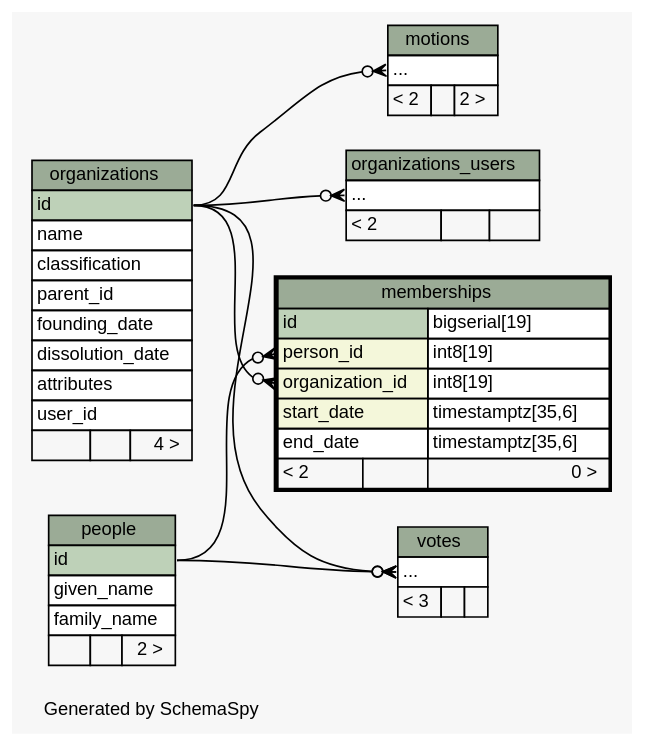
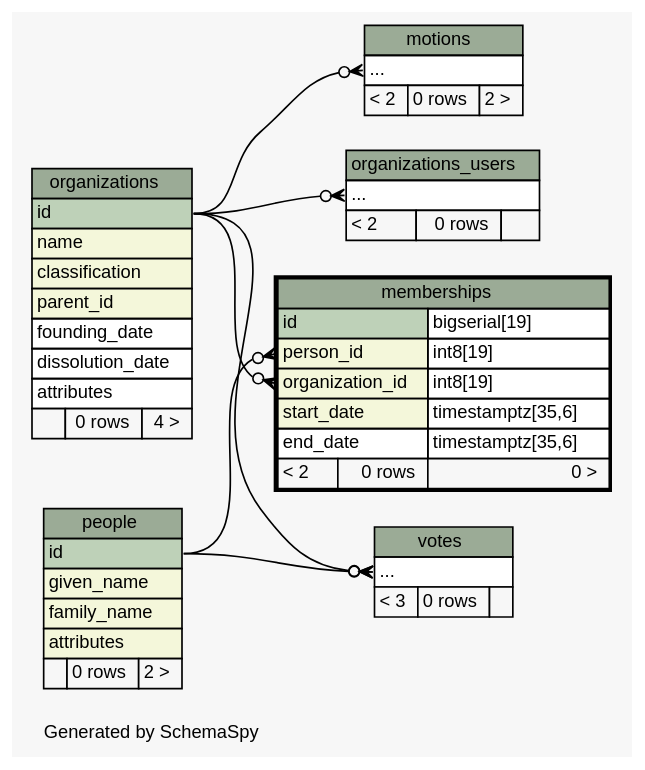
The diagram in api/schema/diagrams/memberships.2degrees.dot (michalskop/hlasovali.cz), drawn with Graphviz before and after one commit. The commit also changed 249 other files, not shown here.

```diff
--- a/api/schema/diagrams/memberships.2degrees.dot
+++ b/api/schema/diagrams/memberships.2degrees.dot
@@ -1,101 +1,101 @@
-// dot 2.36.0 on Linux 3.13.0-85-generic
+// dot 2.36.0 on Linux 3.13.0-91-generic
 // SchemaSpy rev 590
 digraph "twoDegreesRelationshipsDiagram" {
   graph [
     rankdir="RL"
     bgcolor="#f7f7f7"
     label="\nGenerated by SchemaSpy"
     labeljust="l"
     nodesep="0.18"
     ranksep="0.46"
     fontname="Helvetica"
     fontsize="11"
   ];
   node [
     fontname="Helvetica"
     fontsize="11"
     shape="plaintext"
   ];
   edge [
     arrowsize="0.8"
   ];
   "memberships":"organization_id":w -> "organizations":"id":e [arrowhead=none dir=back arrowtail=crowodot];
   "memberships":"person_id":w -> "people":"id":e [arrowhead=none dir=back arrowtail=crowodot];
   "motions":"elipses":w -> "organizations":"id":e [arrowhead=none dir=back arrowtail=crowodot];
   "organizations_users":"elipses":w -> "organizations":"id":e [arrowhead=none dir=back arrowtail=crowodot];
   "votes":"elipses":w -> "organizations":"id":e [arrowhead=none dir=back arrowtail=crowodot];
   "votes":"elipses":w -> "people":"id":e [arrowhead=none dir=back arrowtail=crowodot];
   "memberships" [
     label=<
     <TABLE BORDER="2" CELLBORDER="1" CELLSPACING="0" BGCOLOR="#ffffff">
       <TR><TD COLSPAN="3" BGCOLOR="#9bab96" ALIGN="CENTER">memberships</TD></TR>
       <TR><TD PORT="id" COLSPAN="2" BGCOLOR="#bed1b8" ALIGN="LEFT">id</TD><TD PORT="id.type" ALIGN="LEFT">bigserial[19]</TD></TR>
       <TR><TD PORT="person_id" COLSPAN="2" BGCOLOR="#f4f7da" ALIGN="LEFT">person_id</TD><TD PORT="person_id.type" ALIGN="LEFT">int8[19]</TD></TR>
       <TR><TD PORT="organization_id" COLSPAN="2" BGCOLOR="#f4f7da" ALIGN="LEFT">organization_id</TD><TD PORT="organization_id.type" ALIGN="LEFT">int8[19]</TD></TR>
       <TR><TD PORT="start_date" COLSPAN="2" BGCOLOR="#f4f7da" ALIGN="LEFT">start_date</TD><TD PORT="start_date.type" ALIGN="LEFT">timestamptz[35,6]</TD></TR>
       <TR><TD PORT="end_date" COLSPAN="2" ALIGN="LEFT">end_date</TD><TD PORT="end_date.type" ALIGN="LEFT">timestamptz[35,6]</TD></TR>
-      <TR><TD ALIGN="LEFT" BGCOLOR="#f7f7f7">&lt; 2</TD><TD ALIGN="RIGHT" BGCOLOR="#f7f7f7">  </TD><TD ALIGN="RIGHT" BGCOLOR="#f7f7f7">0 &gt;</TD></TR>
+      <TR><TD ALIGN="LEFT" BGCOLOR="#f7f7f7">&lt; 2</TD><TD ALIGN="RIGHT" BGCOLOR="#f7f7f7">0 rows</TD><TD ALIGN="RIGHT" BGCOLOR="#f7f7f7">0 &gt;</TD></TR>
     </TABLE>>
     URL="memberships.html"
     tooltip="memberships"
   ];
   "motions" [
     label=<
     <TABLE BORDER="0" CELLBORDER="1" CELLSPACING="0" BGCOLOR="#ffffff">
       <TR><TD COLSPAN="3" BGCOLOR="#9bab96" ALIGN="CENTER">motions</TD></TR>
       <TR><TD PORT="elipses" COLSPAN="3" ALIGN="LEFT">...</TD></TR>
-      <TR><TD ALIGN="LEFT" BGCOLOR="#f7f7f7">&lt; 2</TD><TD ALIGN="RIGHT" BGCOLOR="#f7f7f7">  </TD><TD ALIGN="RIGHT" BGCOLOR="#f7f7f7">2 &gt;</TD></TR>
+      <TR><TD ALIGN="LEFT" BGCOLOR="#f7f7f7">&lt; 2</TD><TD ALIGN="RIGHT" BGCOLOR="#f7f7f7">0 rows</TD><TD ALIGN="RIGHT" BGCOLOR="#f7f7f7">2 &gt;</TD></TR>
     </TABLE>>
     URL="motions.html"
     tooltip="motions"
   ];
   "organizations" [
     label=<
     <TABLE BORDER="0" CELLBORDER="1" CELLSPACING="0" BGCOLOR="#ffffff">
       <TR><TD COLSPAN="3" BGCOLOR="#9bab96" ALIGN="CENTER">organizations</TD></TR>
       <TR><TD PORT="id" COLSPAN="3" BGCOLOR="#bed1b8" ALIGN="LEFT">id</TD></TR>
-      <TR><TD PORT="name" COLSPAN="3" ALIGN="LEFT">name</TD></TR>
-      <TR><TD PORT="classification" COLSPAN="3" ALIGN="LEFT">classification</TD></TR>
-      <TR><TD PORT="parent_id" COLSPAN="3" ALIGN="LEFT">parent_id</TD></TR>
+      <TR><TD PORT="name" COLSPAN="3" BGCOLOR="#f4f7da" ALIGN="LEFT">name</TD></TR>
+      <TR><TD PORT="classification" COLSPAN="3" BGCOLOR="#f4f7da" ALIGN="LEFT">classification</TD></TR>
+      <TR><TD PORT="parent_id" COLSPAN="3" BGCOLOR="#f4f7da" ALIGN="LEFT">parent_id</TD></TR>
       <TR><TD PORT="founding_date" COLSPAN="3" ALIGN="LEFT">founding_date</TD></TR>
       <TR><TD PORT="dissolution_date" COLSPAN="3" ALIGN="LEFT">dissolution_date</TD></TR>
       <TR><TD PORT="attributes" COLSPAN="3" ALIGN="LEFT">attributes</TD></TR>
-      <TR><TD PORT="user_id" COLSPAN="3" ALIGN="LEFT">user_id</TD></TR>
-      <TR><TD ALIGN="LEFT" BGCOLOR="#f7f7f7">  </TD><TD ALIGN="RIGHT" BGCOLOR="#f7f7f7">  </TD><TD ALIGN="RIGHT" BGCOLOR="#f7f7f7">4 &gt;</TD></TR>
+      <TR><TD ALIGN="LEFT" BGCOLOR="#f7f7f7">  </TD><TD ALIGN="RIGHT" BGCOLOR="#f7f7f7">0 rows</TD><TD ALIGN="RIGHT" BGCOLOR="#f7f7f7">4 &gt;</TD></TR>
     </TABLE>>
     URL="organizations.html"
     tooltip="organizations"
   ];
   "organizations_users" [
     label=<
     <TABLE BORDER="0" CELLBORDER="1" CELLSPACING="0" BGCOLOR="#ffffff">
       <TR><TD COLSPAN="3" BGCOLOR="#9bab96" ALIGN="CENTER">organizations_users</TD></TR>
       <TR><TD PORT="elipses" COLSPAN="3" ALIGN="LEFT">...</TD></TR>
-      <TR><TD ALIGN="LEFT" BGCOLOR="#f7f7f7">&lt; 2</TD><TD ALIGN="RIGHT" BGCOLOR="#f7f7f7">  </TD><TD ALIGN="RIGHT" BGCOLOR="#f7f7f7">  </TD></TR>
+      <TR><TD ALIGN="LEFT" BGCOLOR="#f7f7f7">&lt; 2</TD><TD ALIGN="RIGHT" BGCOLOR="#f7f7f7">0 rows</TD><TD ALIGN="RIGHT" BGCOLOR="#f7f7f7">  </TD></TR>
     </TABLE>>
     URL="organizations_users.html"
     tooltip="organizations_users"
   ];
   "people" [
     label=<
     <TABLE BORDER="0" CELLBORDER="1" CELLSPACING="0" BGCOLOR="#ffffff">
       <TR><TD COLSPAN="3" BGCOLOR="#9bab96" ALIGN="CENTER">people</TD></TR>
       <TR><TD PORT="id" COLSPAN="3" BGCOLOR="#bed1b8" ALIGN="LEFT">id</TD></TR>
-      <TR><TD PORT="given_name" COLSPAN="3" ALIGN="LEFT">given_name</TD></TR>
-      <TR><TD PORT="family_name" COLSPAN="3" ALIGN="LEFT">family_name</TD></TR>
-      <TR><TD ALIGN="LEFT" BGCOLOR="#f7f7f7">  </TD><TD ALIGN="RIGHT" BGCOLOR="#f7f7f7">  </TD><TD ALIGN="RIGHT" BGCOLOR="#f7f7f7">2 &gt;</TD></TR>
+      <TR><TD PORT="given_name" COLSPAN="3" BGCOLOR="#f4f7da" ALIGN="LEFT">given_name</TD></TR>
+      <TR><TD PORT="family_name" COLSPAN="3" BGCOLOR="#f4f7da" ALIGN="LEFT">family_name</TD></TR>
+      <TR><TD PORT="attributes" COLSPAN="3" BGCOLOR="#f4f7da" ALIGN="LEFT">attributes</TD></TR>
+      <TR><TD ALIGN="LEFT" BGCOLOR="#f7f7f7">  </TD><TD ALIGN="RIGHT" BGCOLOR="#f7f7f7">0 rows</TD><TD ALIGN="RIGHT" BGCOLOR="#f7f7f7">2 &gt;</TD></TR>
     </TABLE>>
     URL="people.html"
     tooltip="people"
   ];
   "votes" [
     label=<
     <TABLE BORDER="0" CELLBORDER="1" CELLSPACING="0" BGCOLOR="#ffffff">
       <TR><TD COLSPAN="3" BGCOLOR="#9bab96" ALIGN="CENTER">votes</TD></TR>
       <TR><TD PORT="elipses" COLSPAN="3" ALIGN="LEFT">...</TD></TR>
-      <TR><TD ALIGN="LEFT" BGCOLOR="#f7f7f7">&lt; 3</TD><TD ALIGN="RIGHT" BGCOLOR="#f7f7f7">  </TD><TD ALIGN="RIGHT" BGCOLOR="#f7f7f7">  </TD></TR>
+      <TR><TD ALIGN="LEFT" BGCOLOR="#f7f7f7">&lt; 3</TD><TD ALIGN="RIGHT" BGCOLOR="#f7f7f7">0 rows</TD><TD ALIGN="RIGHT" BGCOLOR="#f7f7f7">  </TD></TR>
     </TABLE>>
     URL="votes.html"
     tooltip="votes"
   ];
 }
```
